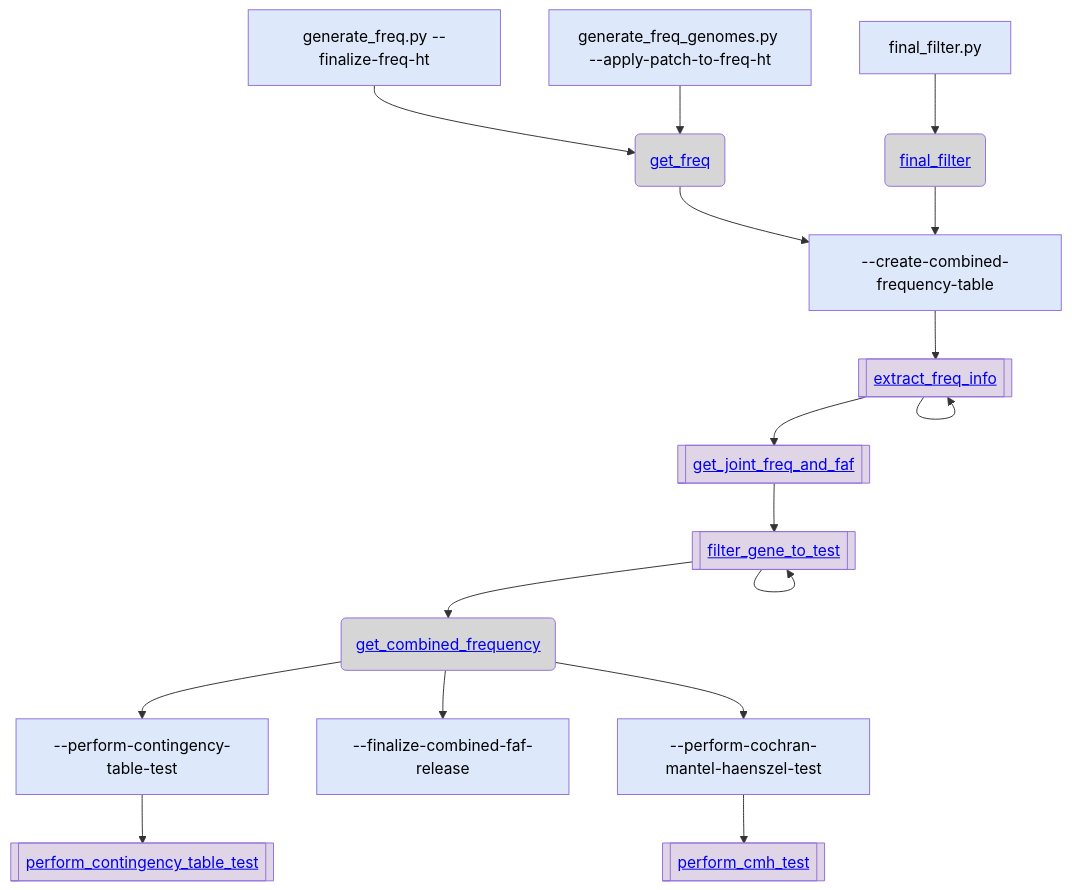
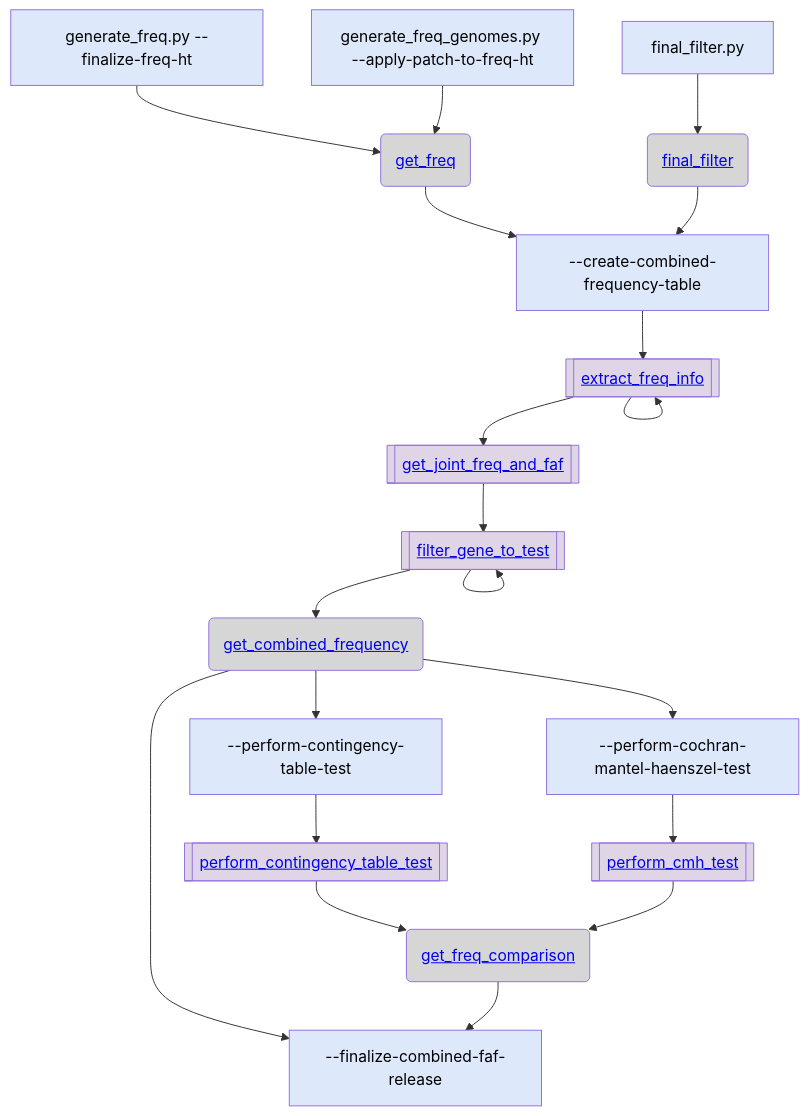
One commit to broadinstitute/gnomad_qc changed the second of 3 diagrams in gnomad_qc/v4/create_release/README.md. Above: the diagram before and after it, drawn with Mermaid. The commit also changed other lines of this file and 3 other files, not shown here.

````diff
--- a/gnomad_qc/v4/create_release/README.md
+++ b/gnomad_qc/v4/create_release/README.md
@@ -44,40 +50,46 @@
 ```mermaid
 flowchart TB;
   classDef script_color fill:#2C5D4A,color:#000000
   classDef step_color fill:#DDE9FB,color:#000000
   classDef func_color fill:#E0D5E6,color:#000000
   classDef gnomad_methods_color fill:#F9F2CE,color:#000000
   classDef hail_color fill:#FAEACE,color:#000000
   classDef resource_color fill:#D6D6D6,color:#000000
   classDef validity_check_color fill:#2C5D4A,color:#000000
+
   step_finalize_freq_ht["generate_freq.py --finalize-freq-ht"]:::step_color;
   resource_get_freq("<a href='https://github.com/broadinstitute/gnomad_qc/tree/main/gnomad_qc/v4/resources/annotations.py#L284'>get_freq</a>"):::resource_color;
   step_create_combined_frequency_table["--create-combined-frequency-table"]:::step_color;
   func_extract_freq_info[["<a href='https://github.com/broadinstitute/gnomad_qc/tree/main/gnomad_qc/v4/create_release/create_combined_faf_release_ht.py#L63'>extract_freq_info</a>"]]:::func_color;
   func_get_joint_freq_and_faf[["<a href='https://github.com/broadinstitute/gnomad_qc/tree/main/gnomad_qc/v4/create_release/create_combined_faf_release_ht.py#L154'>get_joint_freq_and_faf</a>"]]:::func_color;
   func_filter_gene_to_test[["<a href='https://github.com/broadinstitute/gnomad_qc/tree/main/gnomad_qc/v4/create_release/create_combined_faf_release_ht.py#L50'>filter_gene_to_test</a>"]]:::func_color;
   step_apply_patch_to_freq_ht["generate_freq_genomes.py --apply-patch-to-freq-ht"]:::step_color;
   step_final_filter.py["final_filter.py"]:::step_color;
   resource_final_filter("<a href='https://github.com/broadinstitute/gnomad_qc/tree/main/gnomad_qc/v4/resources/variant_qc.py#L285'>final_filter</a>"):::resource_color;
   resource_get_combined_frequency("<a href='https://github.com/broadinstitute/gnomad_qc/tree/main/gnomad_qc/v4/resources/annotations.py#L331'>get_combined_frequency</a>"):::resource_color;
   step_perform_contingency_table_test["--perform-contingency-table-test"]:::step_color;
   func_perform_contingency_table_test[["<a href='https://github.com/broadinstitute/gnomad_qc/tree/main/gnomad_qc/v4/create_release/create_combined_faf_release_ht.py#L244'>perform_contingency_table_test</a>"]]:::func_color;
   step_finalize_combined_faf_release["--finalize-combined-faf-release"]:::step_color;
+  resource_get_freq_comparison("<a href='https://github.com/broadinstitute/gnomad_qc/tree/main/gnomad_qc/v4/resources/annotations.py#L352'>get_freq_comparison</a>"):::resource_color;
   step_perform_cochran_mantel_haenszel_test["--perform-cochran-mantel-haenszel-test"]:::step_color;
-  func_perform_cmh_test[["<a href='https://github.com/broadinstitute/gnomad_qc/tree/main/gnomad_qc/v4/create_release/create_combined_faf_release_ht.py#L305'>perform_cmh_test</a>"]]:::func_color;  step_finalize_freq_ht --> resource_get_freq;
+  func_perform_cmh_test[["<a href='https://github.com/broadinstitute/gnomad_qc/tree/main/gnomad_qc/v4/create_release/create_combined_faf_release_ht.py#L305'>perform_cmh_test</a>"]]:::func_color;
+  step_finalize_freq_ht --> resource_get_freq;
   resource_get_freq --> step_create_combined_frequency_table;
   step_create_combined_frequency_table --> func_extract_freq_info;
   func_extract_freq_info --> func_extract_freq_info;
   func_extract_freq_info --> func_get_joint_freq_and_faf;
   func_get_joint_freq_and_faf --> func_filter_gene_to_test;
   func_filter_gene_to_test --> func_filter_gene_to_test;
   step_apply_patch_to_freq_ht --> resource_get_freq;
   step_final_filter.py --> resource_final_filter;
   resource_final_filter --> step_create_combined_frequency_table;
   func_filter_gene_to_test --> resource_get_combined_frequency;
   resource_get_combined_frequency --> step_perform_contingency_table_test;
   step_perform_contingency_table_test --> func_perform_contingency_table_test;
   resource_get_combined_frequency --> step_finalize_combined_faf_release;
+  func_perform_contingency_table_test --> resource_get_freq_comparison;
+  resource_get_freq_comparison --> step_finalize_combined_faf_release;
+  step_perform_cochran_mantel_haenszel_test --> func_perform_cmh_test;
+  func_perform_cmh_test --> resource_get_freq_comparison;
   resource_get_combined_frequency --> step_perform_cochran_mantel_haenszel_test;
-  step_perform_cochran_mantel_haenszel_test --> func_perform_cmh_test;
 ```
````
